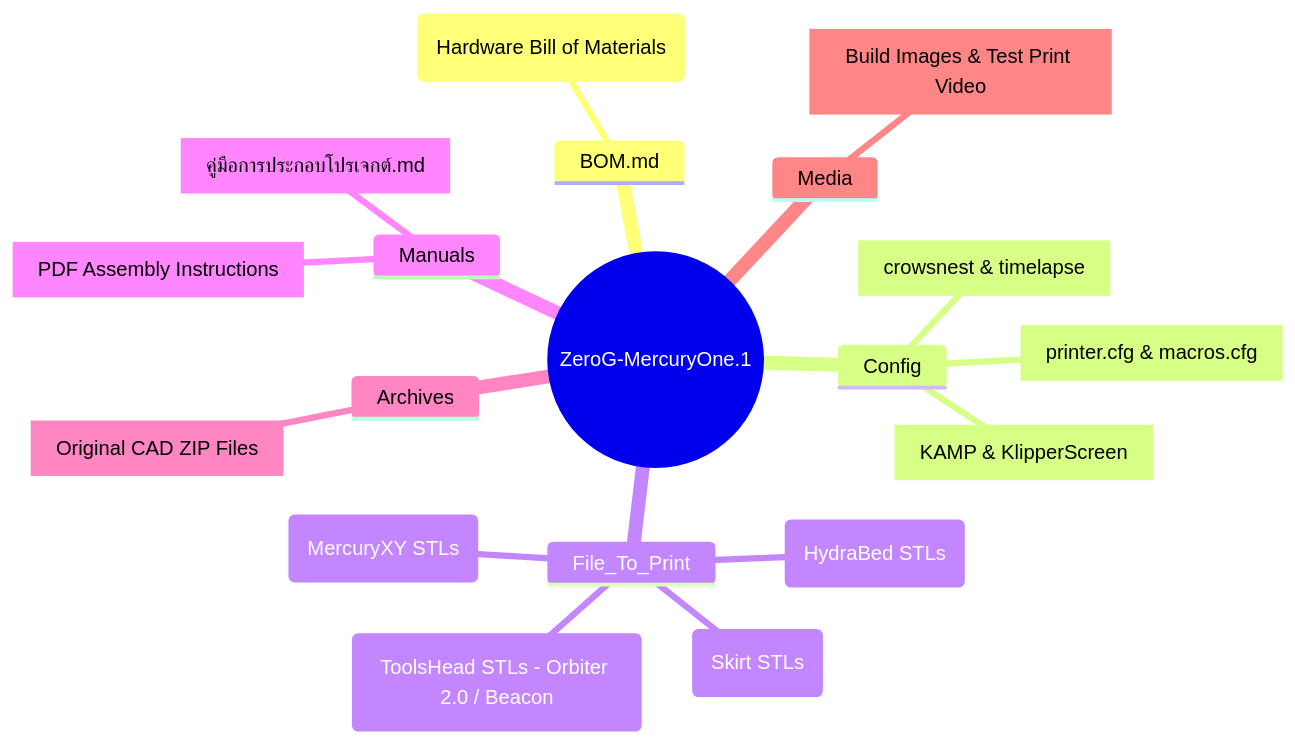
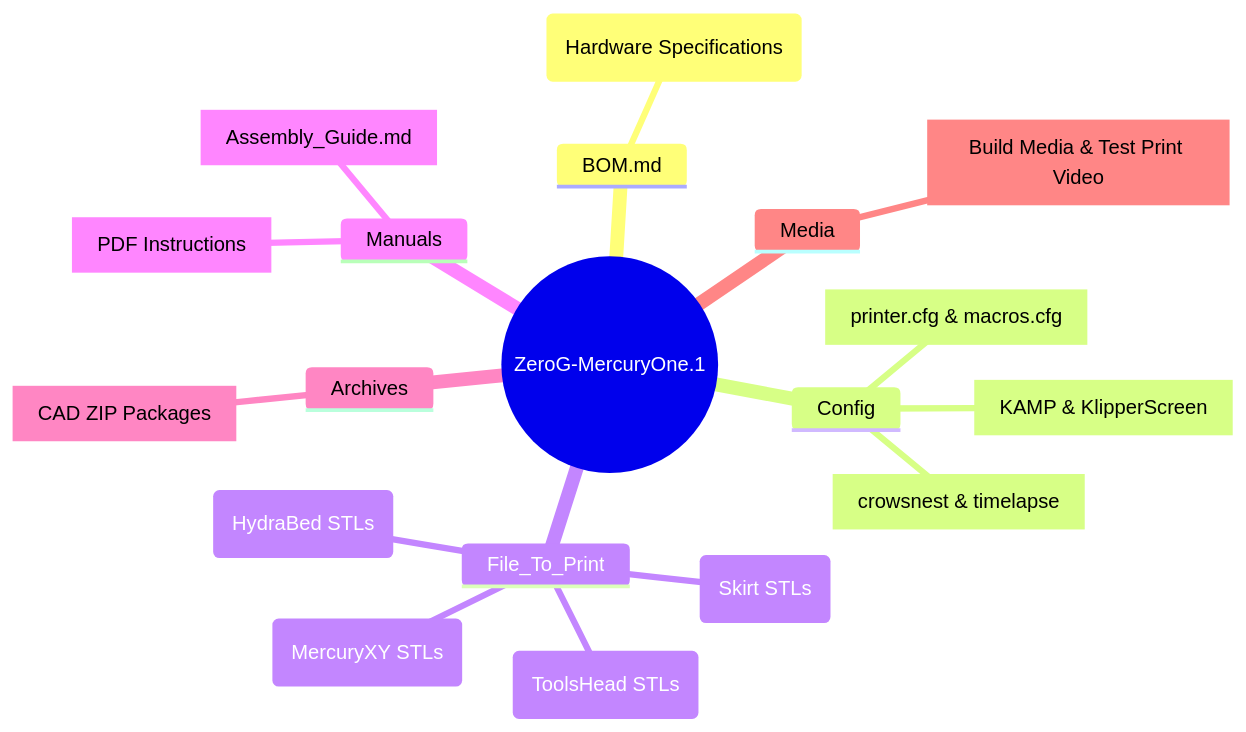
The second of 2 diagrams in README.md (Icezaza2543/ZeroG-MercuryOne.1-With-NebulaFrame-370), drawn with Mermaid before and after one commit. The commit also changed other lines of this file and 2 other files, not shown here.

````diff
--- a/README.md
+++ b/README.md
@@ -83,22 +77,22 @@
 ```mermaid
 mindmap
   root((ZeroG-MercuryOne.1))
     BOM.md
-      (Hardware Bill of Materials)
+      (Hardware Specifications)
     Config
       [printer.cfg & macros.cfg]
       [KAMP & KlipperScreen]
       [crowsnest & timelapse]
     File_To_Print
       (HydraBed STLs)
       (MercuryXY STLs)
       (Skirt STLs)
-      (ToolsHead STLs - Orbiter 2.0 / Beacon)
+      (ToolsHead STLs)
     Manuals
-      [คู่มือการประกอบโปรเจกต์.md]
-      [PDF Assembly Instructions]
+      [Assembly_Guide.md]
+      [PDF Instructions]
     Archives
-      [Original CAD ZIP Files]
+      [CAD ZIP Packages]
     Media
-      [Build Images & Test Print Video]
+      [Build Media & Test Print Video]
 ```
````
